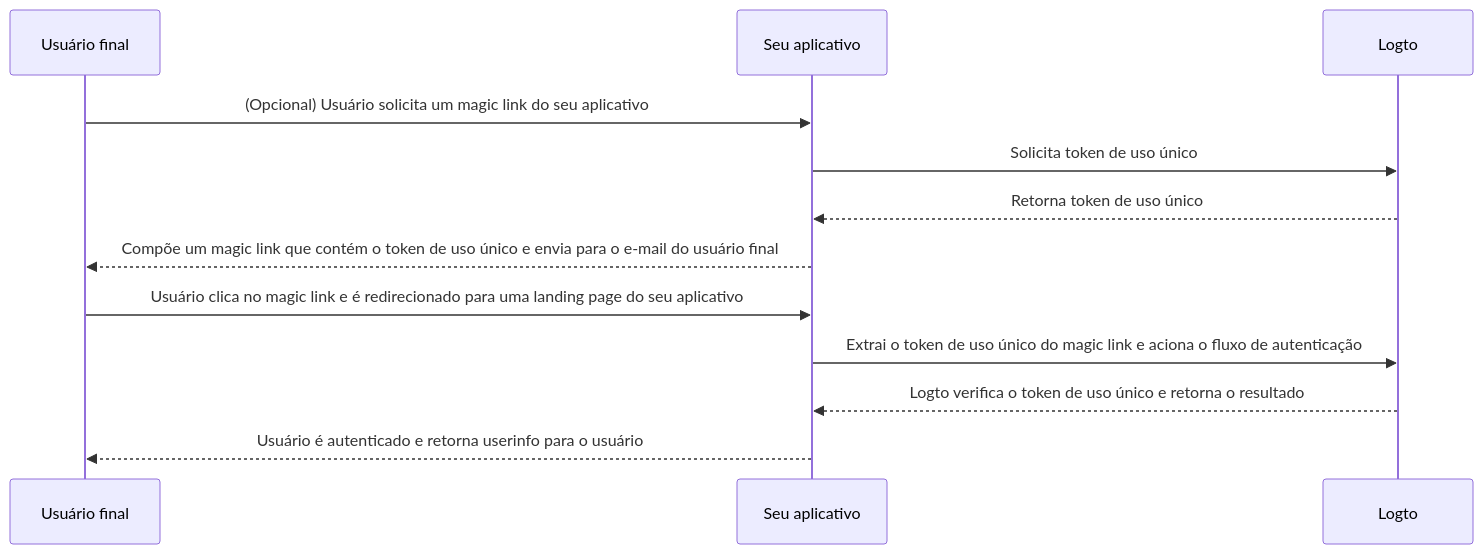
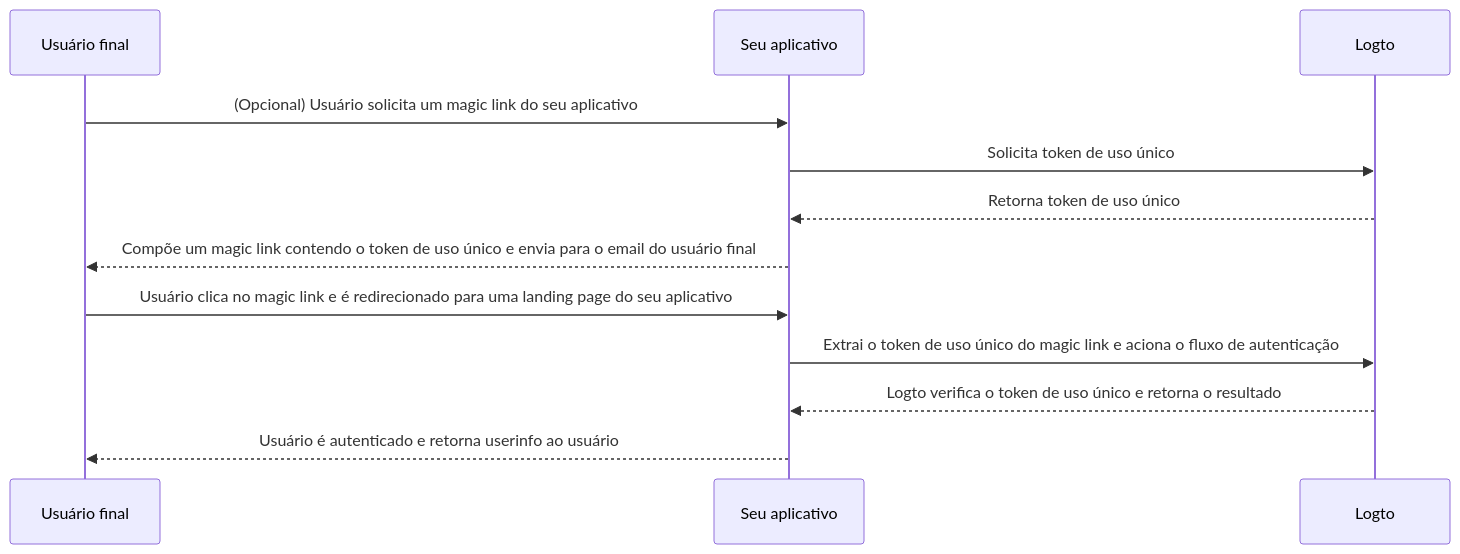
Before and after one commit to logto-io/docs: the diagram in i18n/pt-BR/docusaurus-plugin-content-docs/current/end-user-flows/one-time-token.mdx, drawn with Mermaid. The commit also changed other lines of this file and 117 other files, not shown here.

````diff
--- a/i18n/pt-BR/docusaurus-plugin-content-docs/current/end-user-flows/one-time-token.mdx
+++ b/i18n/pt-BR/docusaurus-plugin-content-docs/current/end-user-flows/one-time-token.mdx
@@ -40,15 +38,15 @@
 ```mermaid
 sequenceDiagram
   participant U as Usuário final
   participant C as Seu aplicativo
   participant L as Logto
 
   U ->> C: (Opcional) Usuário solicita um magic link do seu aplicativo
   C ->> L: Solicita token de uso único
   L -->> C: Retorna token de uso único
-  C -->> U: Compõe um magic link que contém o token de uso único e envia para o e-mail do usuário final
+  C -->> U: Compõe um magic link contendo o token de uso único e envia para o email do usuário final
   U ->> C: Usuário clica no magic link e é redirecionado para uma landing page do seu aplicativo
   C ->> L: Extrai o token de uso único do magic link e aciona o fluxo de autenticação
   L -->> C: Logto verifica o token de uso único e retorna o resultado
-  C -->> U: Usuário é autenticado e retorna userinfo para o usuário
+  C -->> U: Usuário é autenticado e retorna userinfo ao usuário
 ```
````
